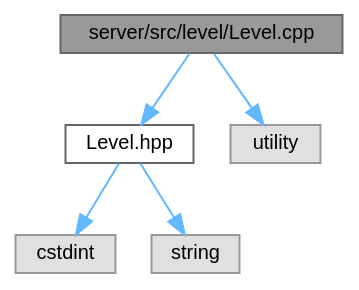
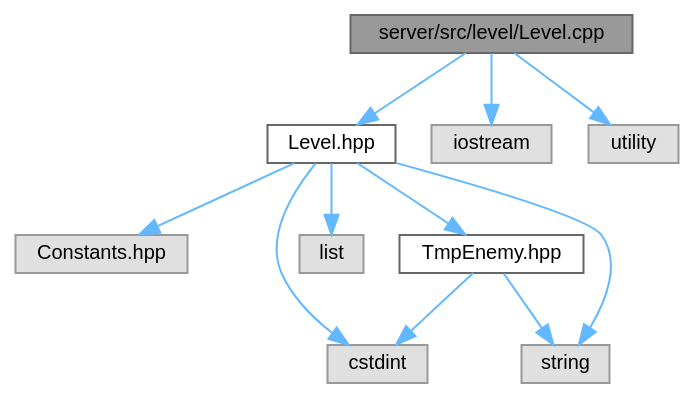
Before and after one commit to Houpsi/R-Type: the diagram in Level_8cpp__incl.dot, drawn with Graphviz. The commit also changed 279 other files, not shown here.

```diff
--- a/Level_8cpp__incl.dot
+++ b/Level_8cpp__incl.dot
@@ -1,16 +1,26 @@
 digraph "server/src/level/Level.cpp"
 {
  // LATEX_PDF_SIZE
   bgcolor="transparent";
   edge [fontname=Helvetica,fontsize=10,labelfontname=Helvetica,labelfontsize=10];
   node [fontname=Helvetica,fontsize=10,shape=box,height=0.2,width=0.4];
   Node1 [id="Node000001",label="server/src/level/Level.cpp",height=0.2,width=0.4,color="gray40", fillcolor="grey60", style="filled", fontcolor="black",tooltip=" "];
   Node1 -> Node2 [id="edge1_Node000001_Node000002",color="steelblue1",style="solid",tooltip=" "];
   Node2 [id="Node000002",label="Level.hpp",height=0.2,width=0.4,color="grey40", fillcolor="white", style="filled",URL="$Level_8hpp.html",tooltip=" "];
   Node2 -> Node3 [id="edge2_Node000002_Node000003",color="steelblue1",style="solid",tooltip=" "];
-  Node3 [id="Node000003",label="cstdint",height=0.2,width=0.4,color="grey60", fillcolor="#E0E0E0", style="filled",tooltip=" "];
+  Node3 [id="Node000003",label="Constants.hpp",height=0.2,width=0.4,color="grey60", fillcolor="#E0E0E0", style="filled",tooltip=" "];
   Node2 -> Node4 [id="edge3_Node000002_Node000004",color="steelblue1",style="solid",tooltip=" "];
-  Node4 [id="Node000004",label="string",height=0.2,width=0.4,color="grey60", fillcolor="#E0E0E0", style="filled",tooltip=" "];
-  Node1 -> Node5 [id="edge4_Node000001_Node000005",color="steelblue1",style="solid",tooltip=" "];
-  Node5 [id="Node000005",label="utility",height=0.2,width=0.4,color="grey60", fillcolor="#E0E0E0", style="filled",tooltip=" "];
+  Node4 [id="Node000004",label="cstdint",height=0.2,width=0.4,color="grey60", fillcolor="#E0E0E0", style="filled",tooltip=" "];
+  Node2 -> Node5 [id="edge4_Node000002_Node000005",color="steelblue1",style="solid",tooltip=" "];
+  Node5 [id="Node000005",label="list",height=0.2,width=0.4,color="grey60", fillcolor="#E0E0E0", style="filled",tooltip=" "];
+  Node2 -> Node6 [id="edge5_Node000002_Node000006",color="steelblue1",style="solid",tooltip=" "];
+  Node6 [id="Node000006",label="string",height=0.2,width=0.4,color="grey60", fillcolor="#E0E0E0", style="filled",tooltip=" "];
+  Node2 -> Node7 [id="edge6_Node000002_Node000007",color="steelblue1",style="solid",tooltip=" "];
+  Node7 [id="Node000007",label="TmpEnemy.hpp",height=0.2,width=0.4,color="grey40", fillcolor="white", style="filled",URL="$TmpEnemy_8hpp.html",tooltip=" "];
+  Node7 -> Node4 [id="edge7_Node000007_Node000004",color="steelblue1",style="solid",tooltip=" "];
+  Node7 -> Node6 [id="edge8_Node000007_Node000006",color="steelblue1",style="solid",tooltip=" "];
+  Node1 -> Node8 [id="edge9_Node000001_Node000008",color="steelblue1",style="solid",tooltip=" "];
+  Node8 [id="Node000008",label="iostream",height=0.2,width=0.4,color="grey60", fillcolor="#E0E0E0", style="filled",tooltip=" "];
+  Node1 -> Node9 [id="edge10_Node000001_Node000009",color="steelblue1",style="solid",tooltip=" "];
+  Node9 [id="Node000009",label="utility",height=0.2,width=0.4,color="grey60", fillcolor="#E0E0E0", style="filled",tooltip=" "];
 }
```
